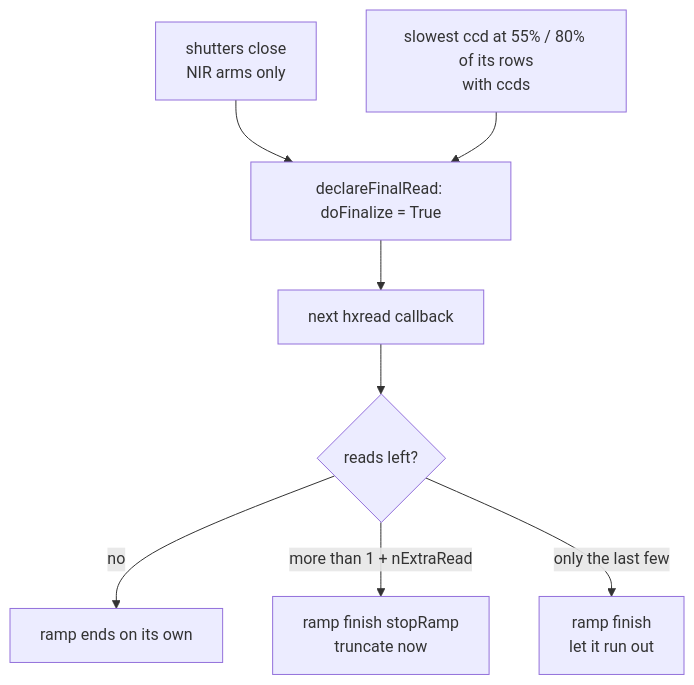
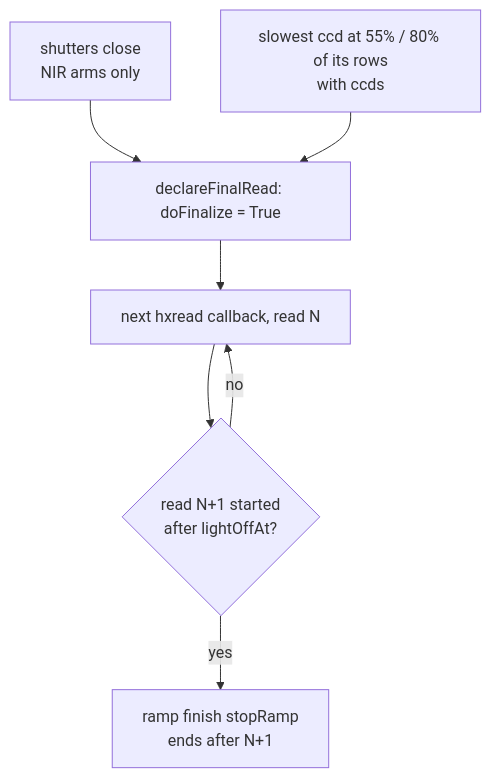
One commit to Subaru-PFS/ics_spsActor changed the third of 7 diagrams in docs/exposureWorkflow.md. Above: the diagram before and after it, drawn with Mermaid. The commit also changed other lines of this file and 5 other files, not shown here.

First line of the commit message:
INSTRM-3091 End H4 ramps on their first dark read

````diff
--- a/docs/exposureWorkflow.md
+++ b/docs/exposureWorkflow.md
@@ -184,10 +185,9 @@
 ```mermaid
 flowchart TD
     Close["shutters close<br/>NIR arms only"] --> Flag["declareFinalRead: doFinalize = True"]
     Rows["slowest ccd at 55% / 80% of its rows<br/>with ccds"] --> Flag
-    Flag --> Next["next hxread callback"]
-    Next --> Left{"reads left?"}
-    Left -->|"no"| Natural["ramp ends on its own"]
-    Left -->|"more than 1 + nExtraRead"| Stop["ramp finish stopRamp<br/>truncate now"]
-    Left -->|"only the last few"| Finish["ramp finish<br/>let it run out"]
+    Flag --> Next["next hxread callback, read N"]
+    Next --> Dark{"read N+1 started<br/>after lightOffAt?"}
+    Dark -->|"no"| Next
+    Dark -->|"yes"| Stop["ramp finish stopRamp<br/>ends after N+1"]
 ```
````
